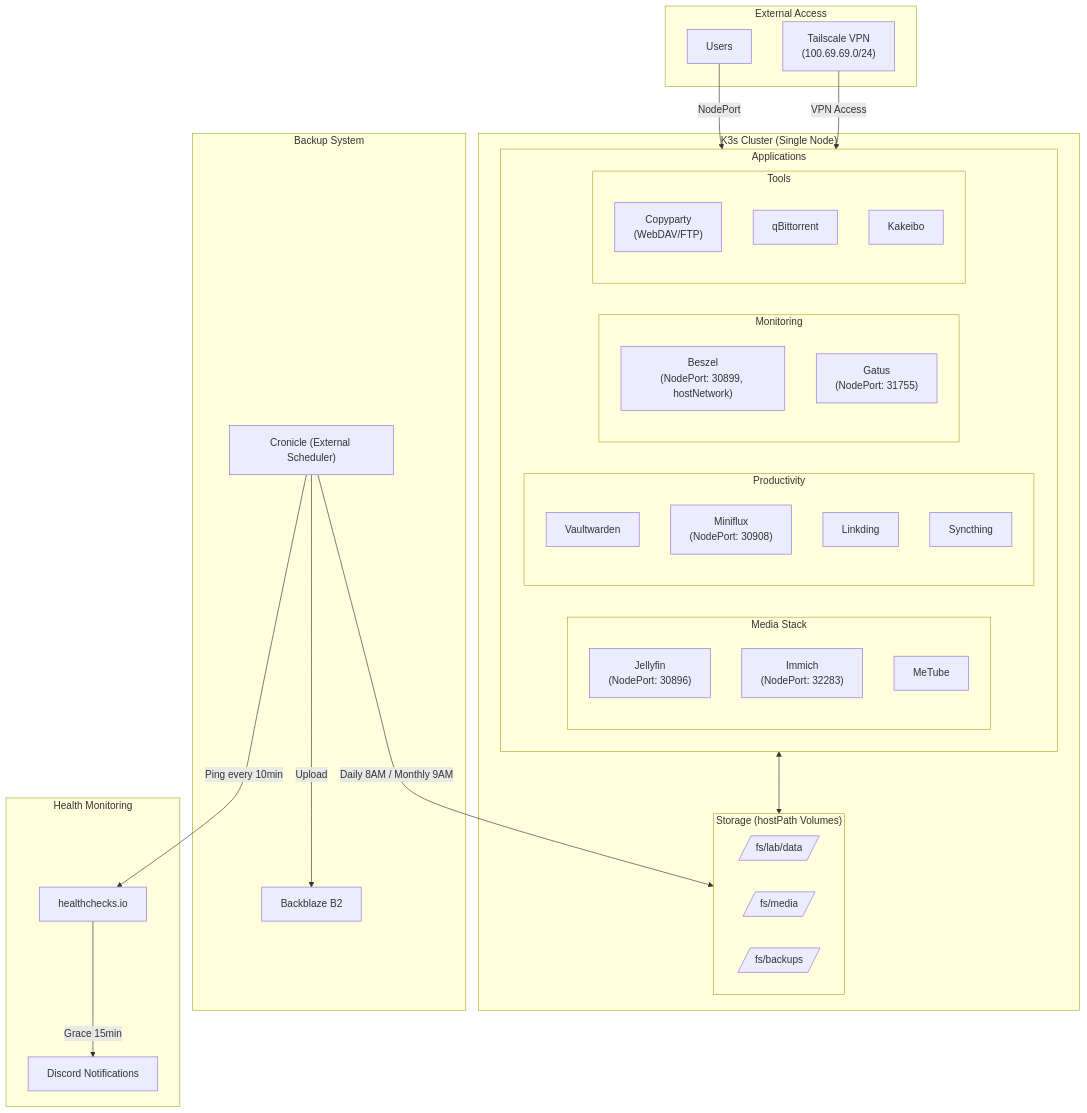
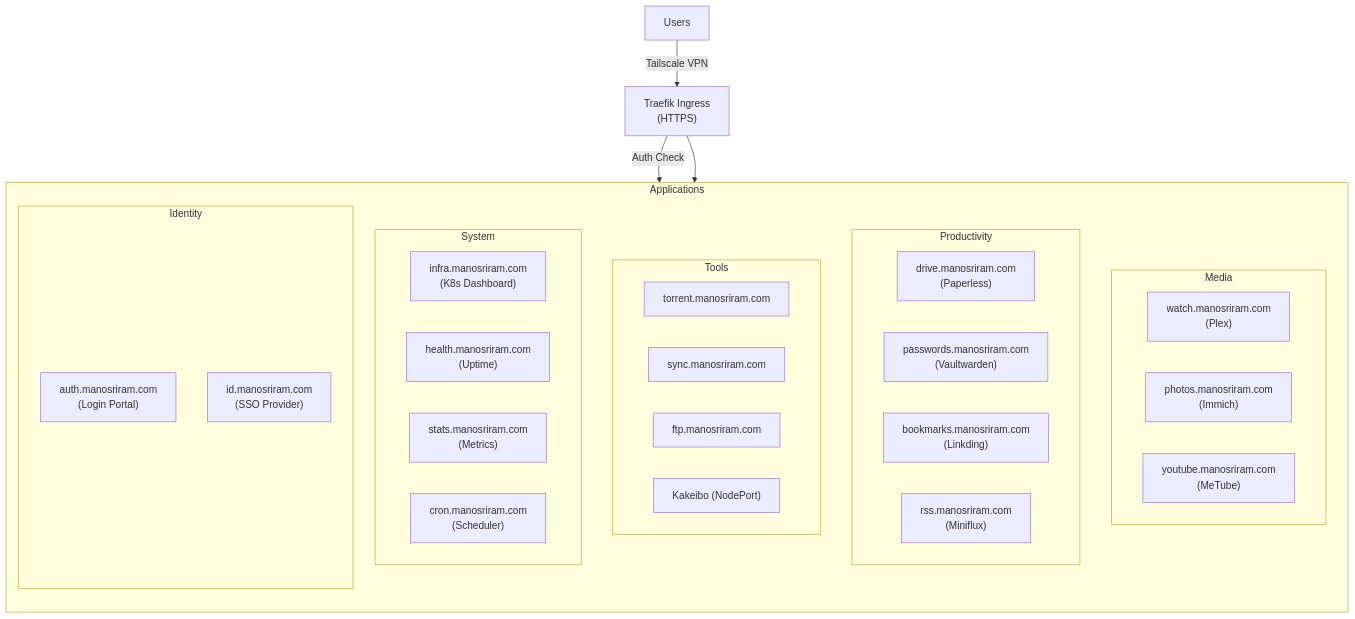
One commit to manosriram/homelab-k3s changed the diagram in README.md. Above: the diagram before and after it, drawn with Mermaid. The commit also changed other lines of this file, not shown here.

````diff
--- a/README.md
+++ b/README.md
@@ -9,67 +7,42 @@
 ```mermaid
 flowchart TB
-    %% External Access Layer
-    subgraph External["External Access"]
-        Users["Users"]
-        Tailscale["Tailscale VPN<br/>(100.69.69.0/24)"]
-    end
-
-    %% K3s Cluster
-    subgraph K3sCluster["K3s Cluster (Single Node)"]
-        subgraph Services["Applications"]
-            subgraph Media["Media Stack"]
-                Jellyfin["Jellyfin<br/>(NodePort: 30896)"]
-                Immich["Immich<br/>(NodePort: 32283)"]
-                MeTube["MeTube"]
-            end
-            
-            subgraph Productivity["Productivity"]
-                Vaultwarden["Vaultwarden"]
-                Miniflux["Miniflux<br/>(NodePort: 30908)"]
-                Linkding["Linkding"]
-                Syncthing["Syncthing"]
-            end
-            
-            subgraph Monitoring["Monitoring"]
-                Beszel["Beszel<br/>(NodePort: 30899, hostNetwork)"]
-                Gatus["Gatus<br/>(NodePort: 31755)"]
-            end
-            
-            subgraph Tools["Tools"]
-                Copyparty["Copyparty<br/>(WebDAV/FTP)"]
-                qBittorrent["qBittorrent"]
-                Kakeibo["Kakeibo"]
-            end
+    Users["Users"] -->|Tailscale VPN| Traefik["Traefik Ingress\n(HTTPS)"]
+    Traefik -->|Auth Check| Tinyauth["Tinyauth"]
+    Traefik --> Services
+    
+    subgraph Services["Applications"]
+        direction TB
+        
+        subgraph Media["Media"]
+            Plex["watch.manosriram.com\n(Plex)"]
+            Immich["photos.manosriram.com\n(Immich)"]
+            MeTube["youtube.manosriram.com\n(MeTube)"]
         end
-
-        subgraph Storage["Storage (hostPath Volumes)"]
-            Data[/fs/lab/data/]
-            MediaStorage[/fs/media/]
-            Backups[/fs/backups/]
+        
+        subgraph Productivity["Productivity"]
+            Paperless["drive.manosriram.com\n(Paperless)"]
+            Vaultwarden["passwords.manosriram.com\n(Vaultwarden)"]
+            Linkding["bookmarks.manosriram.com\n(Linkding)"]
+            Miniflux["rss.manosriram.com\n(Miniflux)"]
+        end
+        
+        subgraph Tools["Tools"]
+            qBittorrent["torrent.manosriram.com"]
+            Syncthing["sync.manosriram.com"]
+            Copyparty["ftp.manosriram.com"]
+            Kakeibo["Kakeibo (NodePort)"]
+        end
+        
+        subgraph System["System"]
+            Headlamp["infra.manosriram.com\n(K8s Dashboard)"]
+            Gatus["health.manosriram.com\n(Uptime)"]
+            Beszel["stats.manosriram.com\n(Metrics)"]
+            Cronicle["cron.manosriram.com\n(Scheduler)"]
+        end
+        
+        subgraph Auth["Identity"]
+            Tinyauth["auth.manosriram.com\n(Login Portal)"]
+            PocketID["id.manosriram.com\n(SSO Provider)"]
         end
     end
-
-    %% Backup System
-    subgraph BackupSystem["Backup System"]
-        Cronicle["Cronicle (External Scheduler)"]
-        B2["Backblaze B2"]
-    end
-
-    %% Health Monitoring
-    subgraph HealthSystem["Health Monitoring"]
-        Healthchecks["healthchecks.io"]
-        Discord["Discord Notifications"]
-    end
-
-    %% Connections
-    Users -->|NodePort| Services
-    Tailscale -->|VPN Access| Services
-    
-    Services <--> Storage
-    
-    Cronicle -->|Daily 8AM / Monthly 9AM| Storage
-    Cronicle -->|Upload| B2
-    
-    Cronicle -->|Ping every 10min| Healthchecks
-    Healthchecks -->|Grace 15min| Discord
 ```
````
